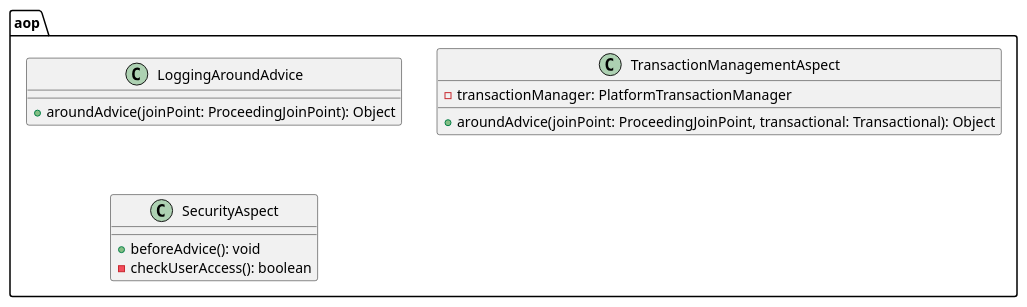
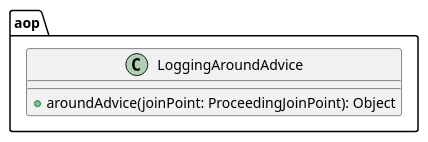
Before and after one commit to kanavii3333/ec-b: the diagram in plan/uml/class/aop.plantuml, drawn with PlantUML. The commit also changed 1 other file, not shown here.

Commit message:
plantuml修正

```diff
--- a/plan/uml/class/aop.plantuml
+++ b/plan/uml/class/aop.plantuml
@@ -1,18 +1,7 @@
 package aop{
    class LoggingAroundAdvice {
         + aroundAdvice(joinPoint: ProceedingJoinPoint): Object
     }
 
-    class TransactionManagementAspect {
-        - transactionManager: PlatformTransactionManager
-        + aroundAdvice(joinPoint: ProceedingJoinPoint, transactional: Transactional): Object
-    }
-
-    class SecurityAspect {
-        + beforeAdvice(): void
-        - checkUserAccess(): boolean
-    }
-
-
  
 }
```
